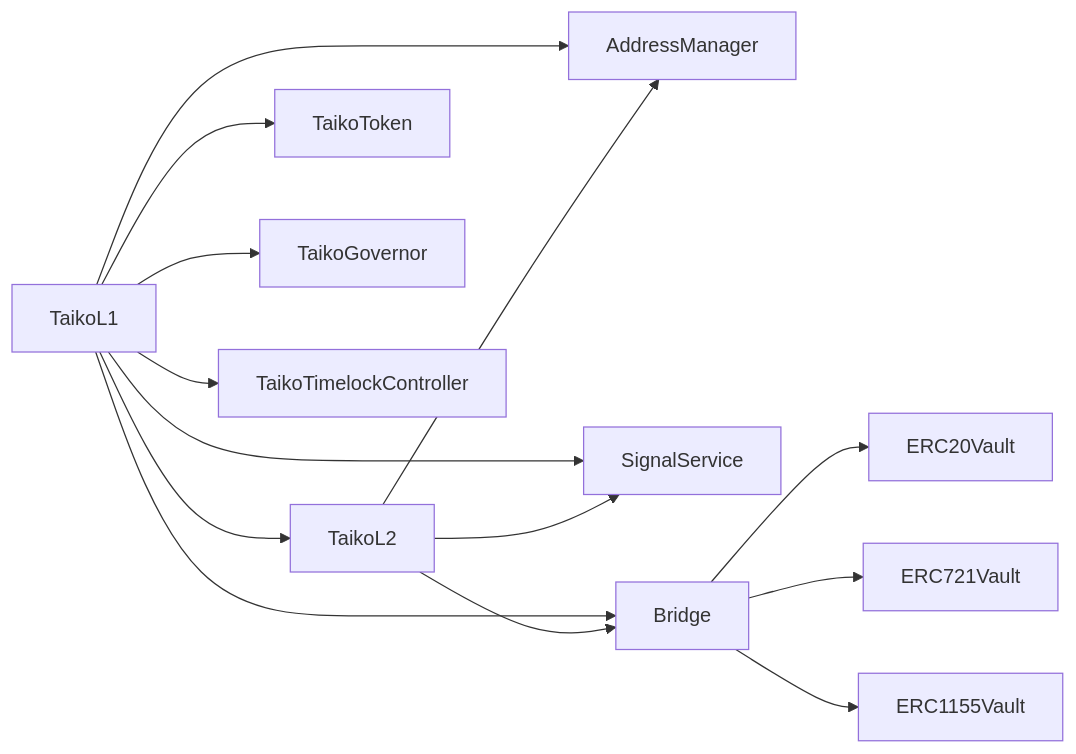
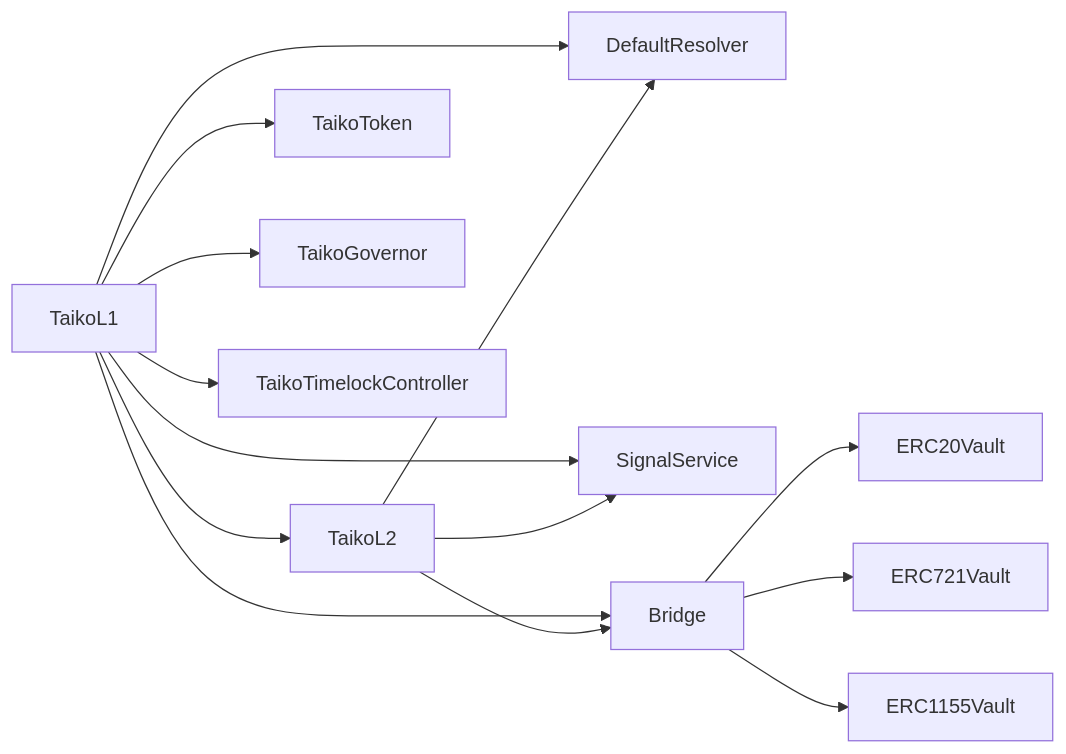
The third of 9 diagrams in packages/protocol/docs/analysis/Myd-Analysis.md (taikoxyz/taiko-mono), drawn with Mermaid before and after one commit. The commit also changed other lines of this file and 33 other files, not shown here.

````diff
--- a/packages/protocol/docs/analysis/Myd-Analysis.md
+++ b/packages/protocol/docs/analysis/Myd-Analysis.md
@@ -92,16 +92,16 @@
 ```mermaid
 graph LR
     A[TaikoL1] --> B[TaikoL2]
     A --> C[TaikoToken]
     A --> D[TaikoGovernor]
     A --> E[TaikoTimelockController]
-    A --> F[AddressManager]
+    A --> F[DefaultResolver]
     A --> G[SignalService]
     A --> H[Bridge]
     B --> F
     B --> G
     B --> H
     H --> I[ERC20Vault]
     H --> J[ERC721Vault]
     H --> K[ERC1155Vault]
 ```
````
